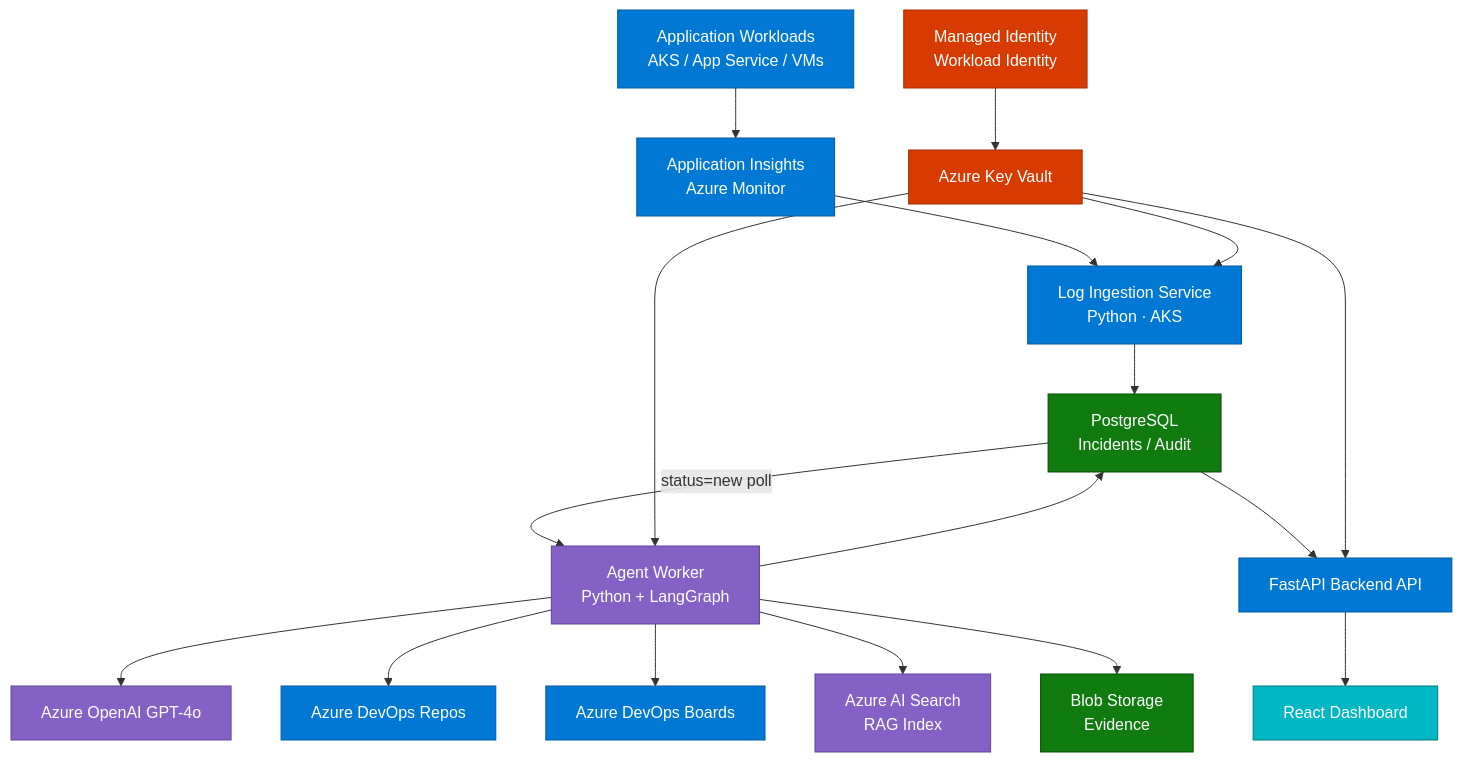
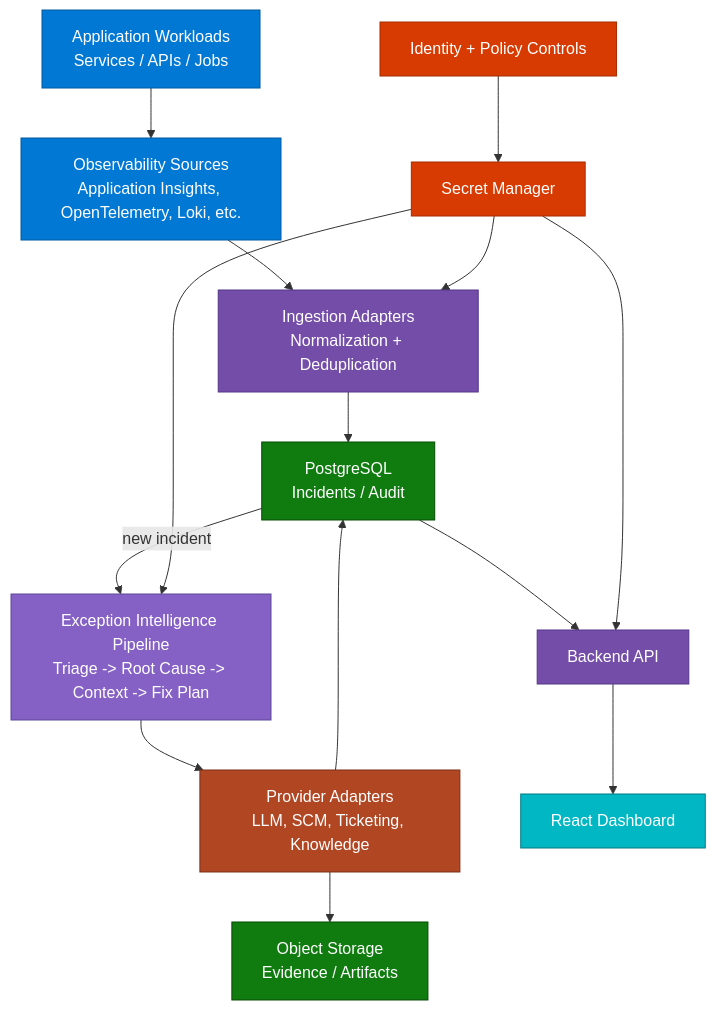
Before and after one commit to sameerx07/remediai: the diagram in README.md, drawn with Mermaid. The commit also changed other lines of this file and 10 other files, not shown here.

````diff
--- a/README.md
+++ b/README.md
@@ -68,30 +68,30 @@
 ```mermaid
 flowchart TD
-    classDef azure fill:#0078D4,stroke:#005A9E,color:#fff
+  classDef source fill:#0078D4,stroke:#005A9E,color:#fff
+  classDef core fill:#744DA9,stroke:#553688,color:#fff
+  classDef adapter fill:#B14623,stroke:#7A2F18,color:#fff
     classDef ai fill:#8661C5,stroke:#5C4799,color:#fff
     classDef data fill:#107C10,stroke:#054B05,color:#fff
     classDef ui fill:#00B7C3,stroke:#007A80,color:#fff
     classDef security fill:#D83B01,stroke:#A52D01,color:#fff
 
-    A["Application Workloads<br/>AKS / App Service / VMs"]:::azure
-    B["Application Insights<br/>Azure Monitor"]:::azure
-    C["Log Ingestion Service<br/>Python · AKS"]:::azure
-    E["Agent Worker<br/>Python + LangGraph"]:::ai
-    F["Azure OpenAI GPT-4o"]:::ai
-    G["Azure DevOps Repos"]:::azure
-    H["Azure DevOps Boards"]:::azure
-    I["Azure AI Search<br/>RAG Index"]:::ai
+  A["Application Workloads<br/>Services / APIs / Jobs"]:::source
+  B["Observability Sources<br/>Application Insights, OpenTelemetry, Loki, etc."]:::source
+  C["Ingestion Adapters<br/>Normalization + Deduplication"]:::core
+  D["Exception Intelligence Pipeline<br/>Triage -> Root Cause -> Context -> Fix Plan"]:::ai
+  E["Provider Adapters<br/>LLM, SCM, Ticketing, Knowledge"]:::adapter
     J["PostgreSQL<br/>Incidents / Audit"]:::data
-    K["Blob Storage<br/>Evidence"]:::data
-    L["FastAPI Backend API"]:::azure
+  K["Object Storage<br/>Evidence / Artifacts"]:::data
+  L["Backend API"]:::core
     M["React Dashboard"]:::ui
-    N["Azure Key Vault"]:::security
-    O["Managed Identity<br/>Workload Identity"]:::security
+  N["Secret Manager"]:::security
+  O["Identity + Policy Controls"]:::security
 
-    A --> B --> C --> J
-    J -->|"status=new poll"| E
-    E --> F & G & H & I & J & K
+  A --> B --> C --> J
+  J -->|"new incident"| D
+  D --> E
+  E --> J & K
     J --> L --> M
-    N --> C & E & L
+  N --> C & D & L
     O --> N
 ```
````
